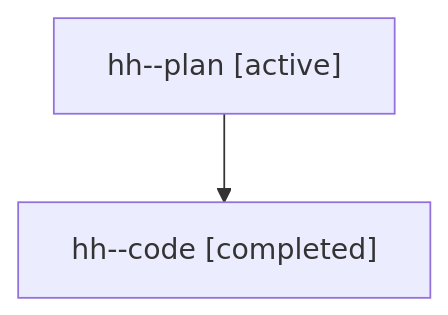
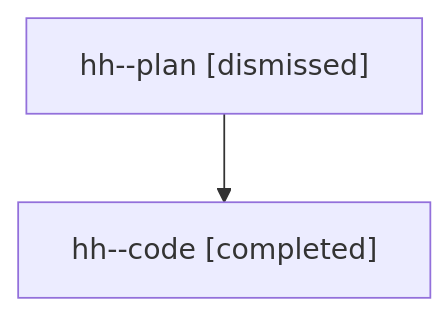
The diagram in sessions/bbugyi200.athena.hh.md (sase-org/sase--agents), drawn with Mermaid before and after one commit. The commit also changed other lines of this file and 37 other files, not shown here.

````diff
--- a/sessions/bbugyi200.athena.hh.md
+++ b/sessions/bbugyi200.athena.hh.md
@@ -9,6 +9,6 @@
 ```mermaid
 flowchart TD
-  n0["hh--plan [active]"]
+  n0["hh--plan [dismissed]"]
   n1["hh--code [completed]"]
   n0 --> n1
 ```
````
